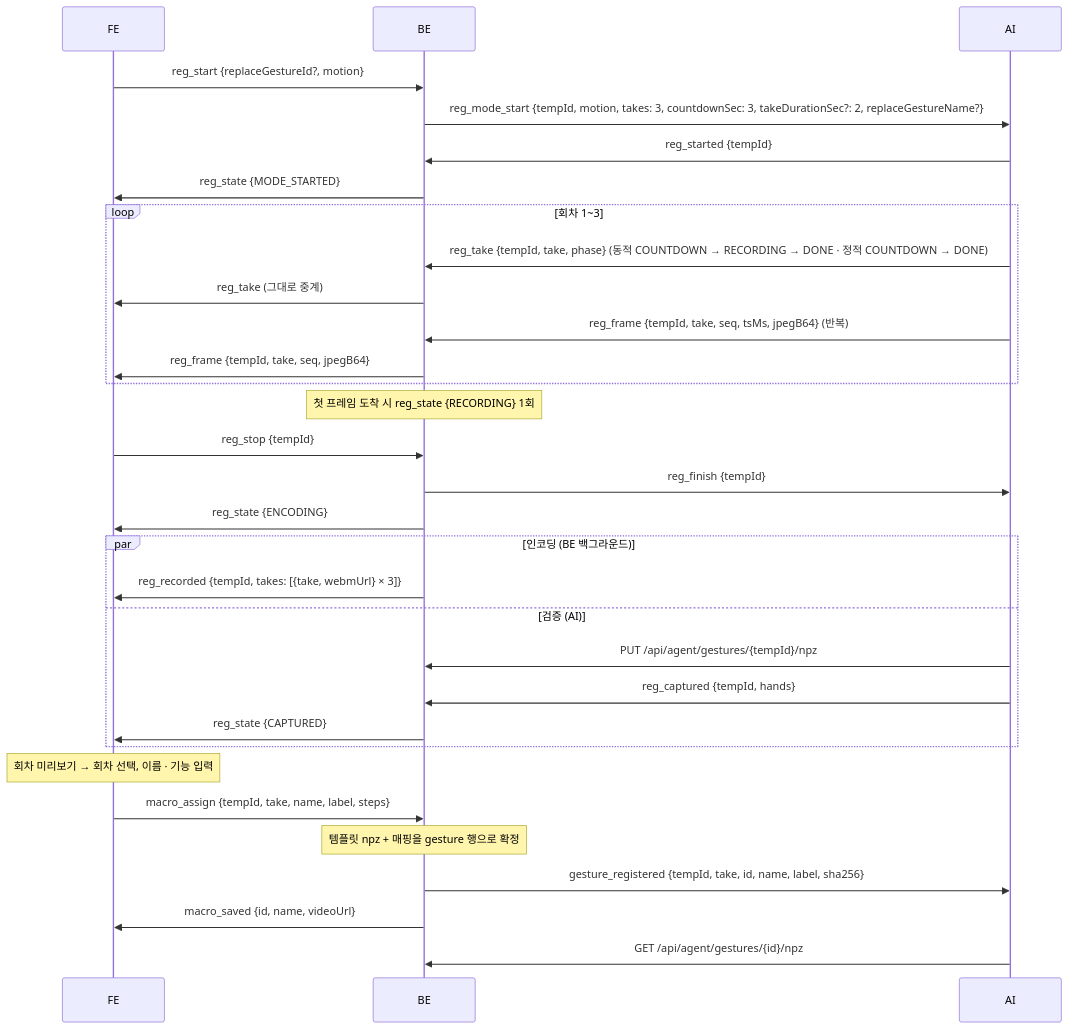
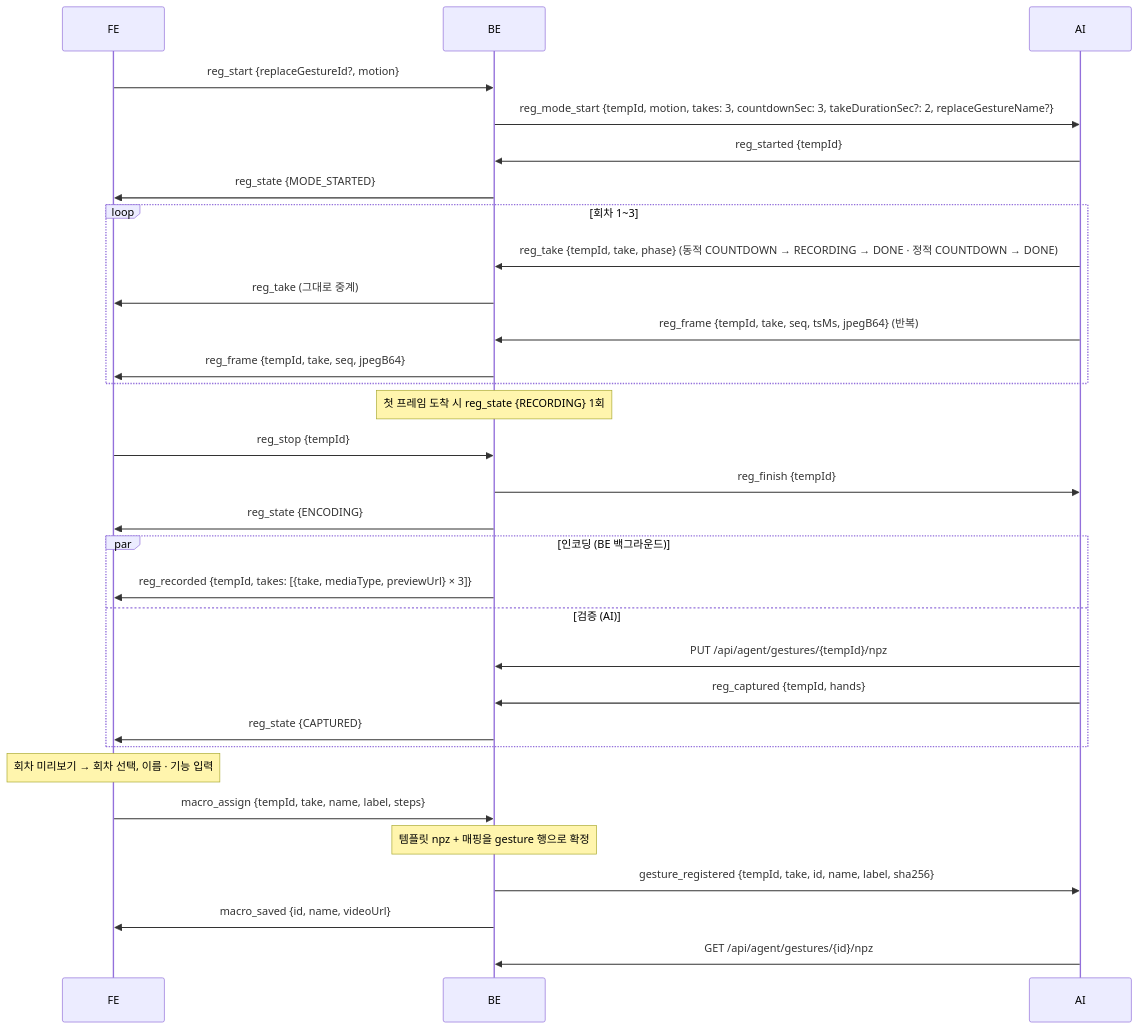
One commit to 42JH/SIA changed the sixth of 11 diagrams in Backend/docs/프로토콜.md. Above: the diagram before and after it, drawn with Mermaid. The commit also changed other lines of this file and 1 other file, not shown here.

First line of the commit message:
S15P21D106-255 docs(BE): 프로토콜·API 명세서에 previewUrl·mediaType 반영

````diff
--- a/Backend/docs/프로토콜.md
+++ b/Backend/docs/프로토콜.md
@@ -902,33 +902,33 @@
 ```mermaid
 sequenceDiagram
     participant FE
     participant BE
     participant AI
     FE->>BE: reg_start {replaceGestureId?, motion}
     BE->>AI: reg_mode_start {tempId, motion, takes: 3, countdownSec: 3, takeDurationSec?: 2, replaceGestureName?}
     AI->>BE: reg_started {tempId}
     BE->>FE: reg_state {MODE_STARTED}
     loop 회차 1~3
         AI->>BE: reg_take {tempId, take, phase} (동적 COUNTDOWN → RECORDING → DONE · 정적 COUNTDOWN → DONE)
         BE->>FE: reg_take (그대로 중계)
         AI->>BE: reg_frame {tempId, take, seq, tsMs, jpegB64} (반복)
         BE->>FE: reg_frame {tempId, take, seq, jpegB64}
     end
     Note over BE: 첫 프레임 도착 시 reg_state {RECORDING} 1회
     FE->>BE: reg_stop {tempId}
     BE->>AI: reg_finish {tempId}
     BE->>FE: reg_state {ENCODING}
     par 인코딩 (BE 백그라운드)
-        BE->>FE: reg_recorded {tempId, takes: [{take, webmUrl} × 3]}
+        BE->>FE: reg_recorded {tempId, takes: [{take, mediaType, previewUrl} × 3]}
     and 검증 (AI)
         AI->>BE: PUT /api/agent/gestures/{tempId}/npz
         AI->>BE: reg_captured {tempId, hands}
         BE->>FE: reg_state {CAPTURED}
     end
     Note over FE: 회차 미리보기 → 회차 선택, 이름 · 기능 입력
     FE->>BE: macro_assign {tempId, take, name, label, steps}
     Note over BE: 템플릿 npz + 매핑을 gesture 행으로 확정
     BE->>AI: gesture_registered {tempId, take, id, name, label, sha256}
     BE->>FE: macro_saved {id, name, videoUrl}
     AI->>BE: GET /api/agent/gestures/{id}/npz
 ```
````
